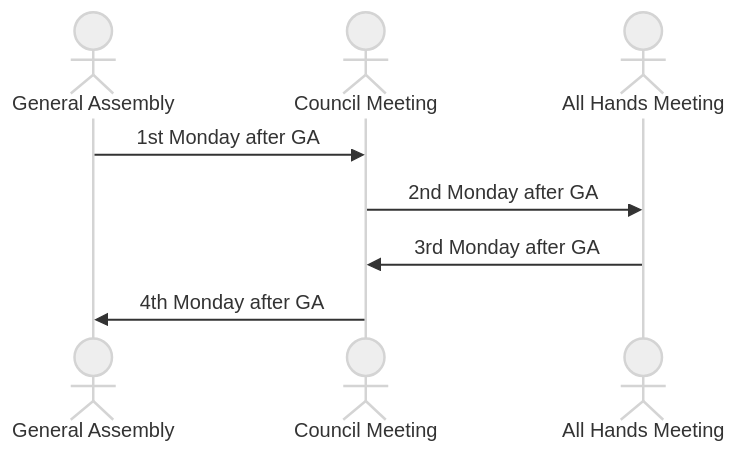
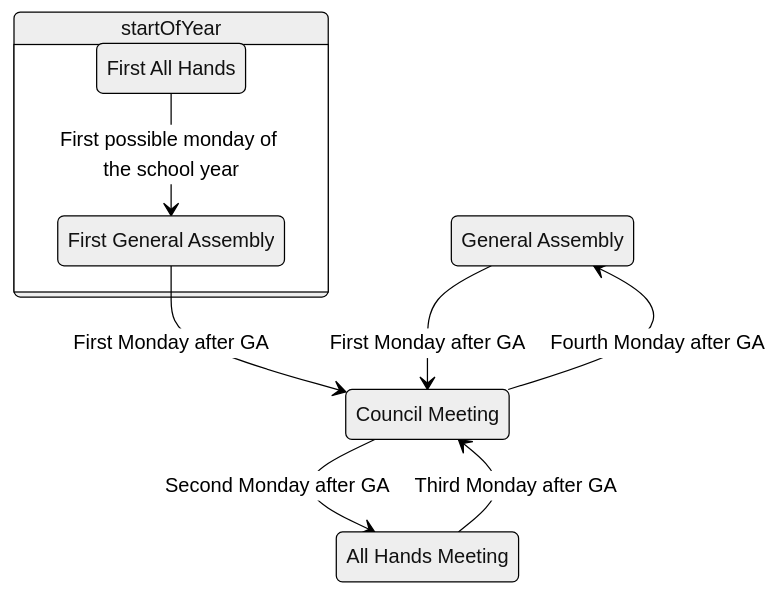
One commit to Queen-s-COMPSA/Constitution changed the diagram in operation-manuals/meetings-manual.md. Above: the diagram before and after it, drawn with Mermaid (neutral theme). The commit also changed other lines of this file and 1 other file, not shown here.

Commit message:
improvement: Update meeting and newsletter manuals
adds & refines information as we validate the processes.

````diff
--- a/operation-manuals/meetings-manual.md
+++ b/operation-manuals/meetings-manual.md
@@ -45,14 +50,20 @@
 ```mermaid
-sequenceDiagram
-        
-        actor GA as General Assembly
-        actor CM as Council Meeting
-        actor AH as All Hands Meeting
-        
-        GA ->> CM : 1st Monday after GA
-        
-        CM ->> AH : 2nd Monday after GA
-        AH ->> CM : 3rd Monday after GA
-        
-        CM ->> GA : 4th Monday after GA
+stateDiagram-v2
+
+GA : General Assembly
+CM : Council Meeting
+AH : All Hands Meeting
+
+state startOfYear{
+    FAH : First All Hands
+    FGA : First General Assembly
+}
+
+FAH --> FGA : First possible monday of the school year
+FGA --> CM : First Monday after GA
+
+GA --> CM : First Monday after GA
+CM --> AH : Second Monday after GA
+AH --> CM : Third Monday after GA
+CM --> GA : Fourth Monday after GA
 ```
````
